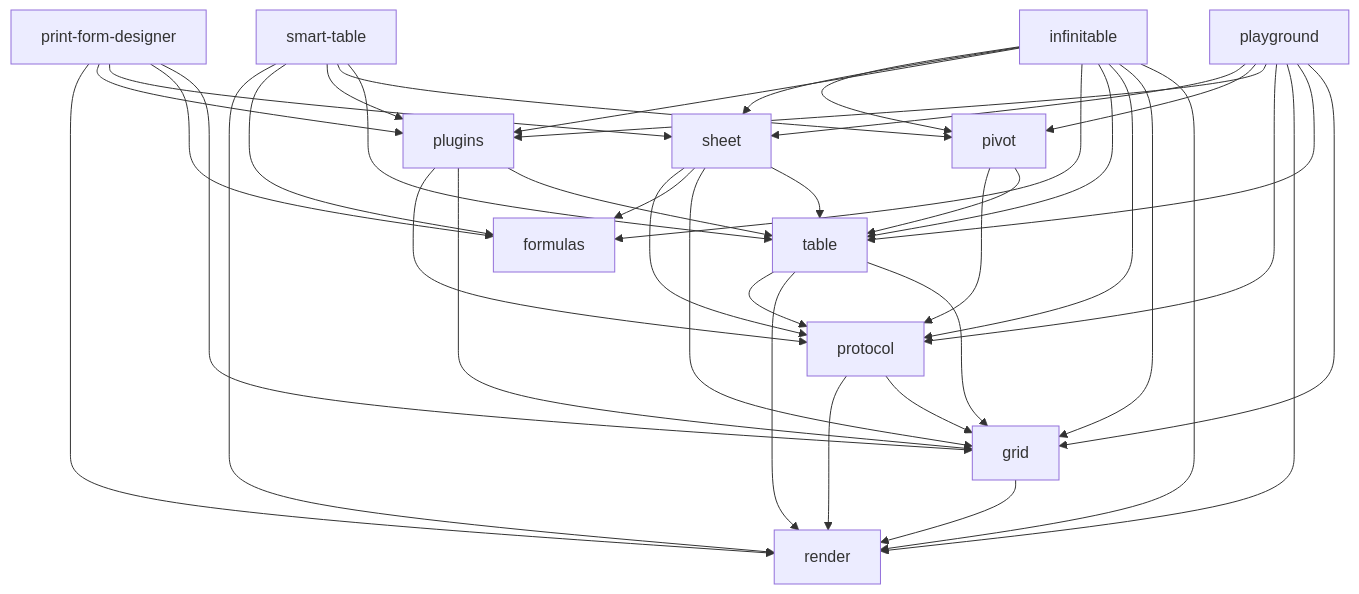
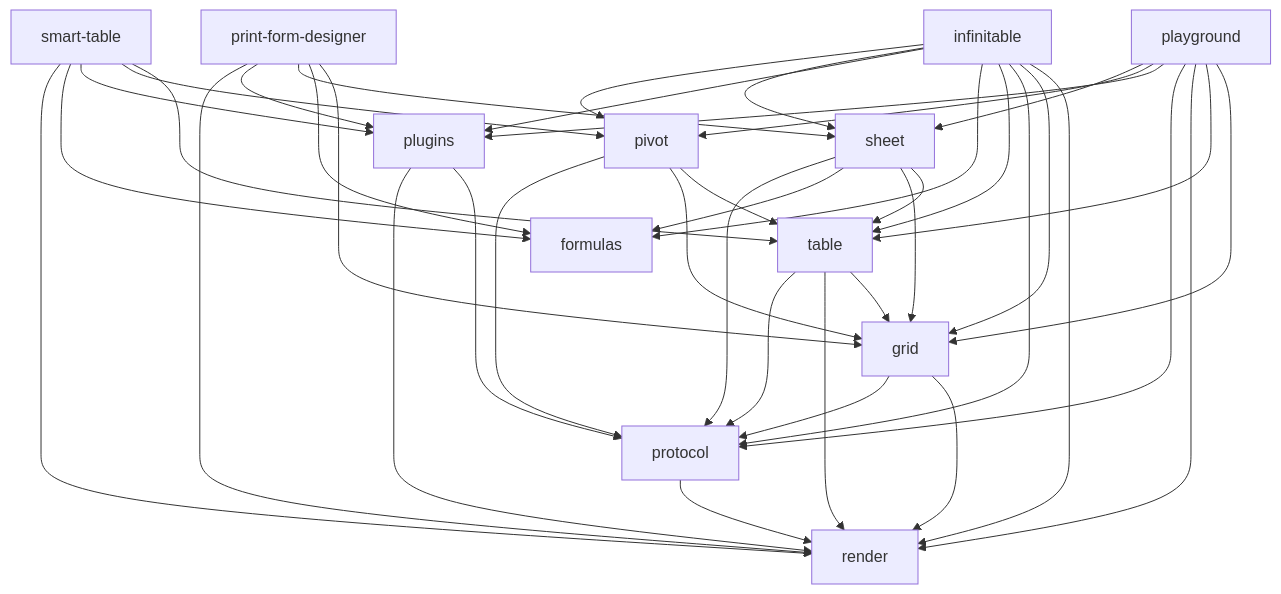
Before and after one commit to cabinet-fe/infinite-table: the diagram in .agents/docs/CODE-MAP.md, drawn with Mermaid. The commit also changed other lines of this file and 83 other files, not shown here.

````diff
--- a/.agents/docs/CODE-MAP.md
+++ b/.agents/docs/CODE-MAP.md
@@ -93,43 +93,43 @@
 ```mermaid
 graph TD
     grid --> render
-    protocol --> grid
+    grid --> protocol
     protocol --> render
     table --> grid
     table --> render
     table --> protocol
-    plugins --> table
-    plugins --> grid
     plugins --> protocol
+    plugins --> render
     pivot --> table
+    pivot --> grid
     pivot --> protocol
     sheet --> table
     sheet --> grid
     sheet --> formulas
     sheet --> protocol
     infinitable --> render
     infinitable --> grid
     infinitable --> protocol
     infinitable --> table
     infinitable --> formulas
     infinitable --> plugins
     infinitable --> sheet
     infinitable --> pivot
     playground --> grid
     playground --> table
     playground --> render
     playground --> protocol
     playground --> plugins
     playground --> pivot
     playground --> sheet
     print-form-designer --> grid
     print-form-designer --> formulas
     print-form-designer --> sheet
     print-form-designer --> plugins
     print-form-designer --> render
     smart-table --> table
     smart-table --> pivot
     smart-table --> plugins
     smart-table --> formulas
     smart-table --> render
 ```
````
